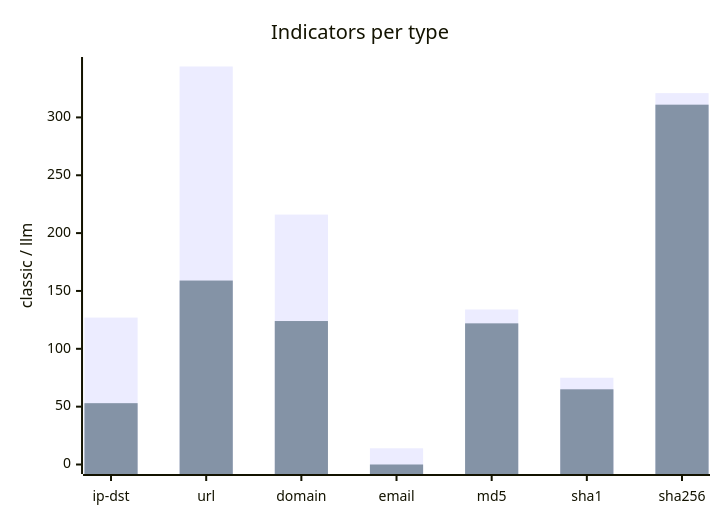
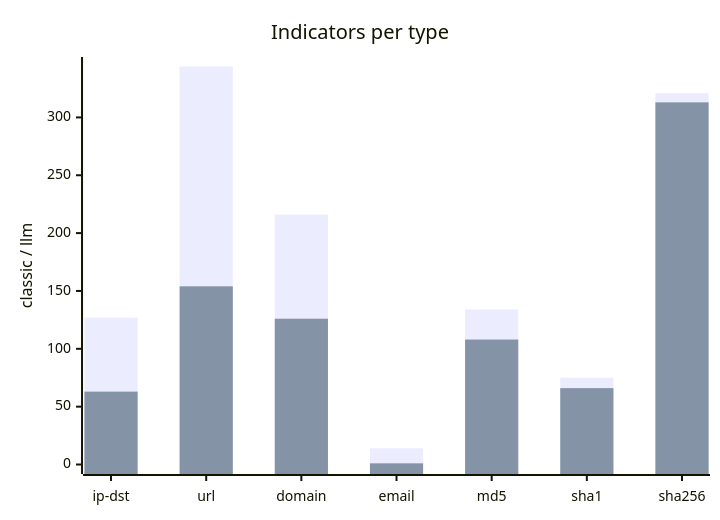
Before and after one commit to MISP/ai-connector: the fifth of 5 diagrams in docs/BENCHMARKS_extraction.md, drawn with Mermaid. The commit also changed other lines of this file and 3 other files, not shown here.

````diff
--- a/docs/BENCHMARKS_extraction.md
+++ b/docs/BENCHMARKS_extraction.md
@@ -151,8 +155,8 @@
 ```mermaid
 xychart-beta
   title "Indicators per type"
   x-axis ["ip-dst", "url", "domain", "email", "md5", "sha1", "sha256"]
   y-axis "classic / llm" 0 --> 344
   bar [127, 344, 216, 14, 134, 75, 321]
-  bar [53, 159, 124, 0, 122, 65, 311]
+  bar [63, 154, 126, 1, 108, 66, 313]
 ```
````
